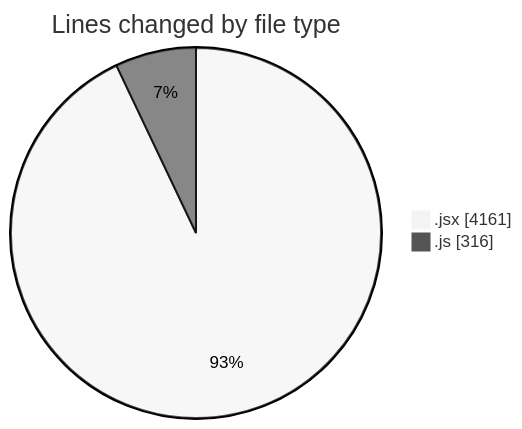
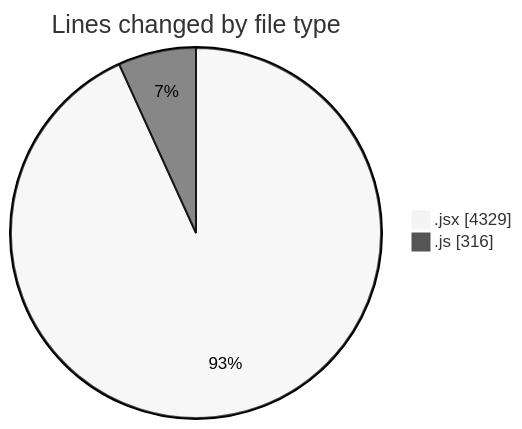
One commit to nxtqubesakshisongat/code-tracking changed the first of 2 diagrams in 2025-07-13/argos/README.md. Above: the diagram before and after it, drawn with Mermaid (neutral theme). The commit also changed other lines of this file and 1 other file, not shown here.

````diff
--- a/2025-07-13/argos/README.md
+++ b/2025-07-13/argos/README.md
@@ -22,6 +23,6 @@
 ```mermaid
 pie showData
 title Lines changed by file type
-".jsx" : 4161
+".jsx" : 4329
 ".js" : 316
 ```
````
